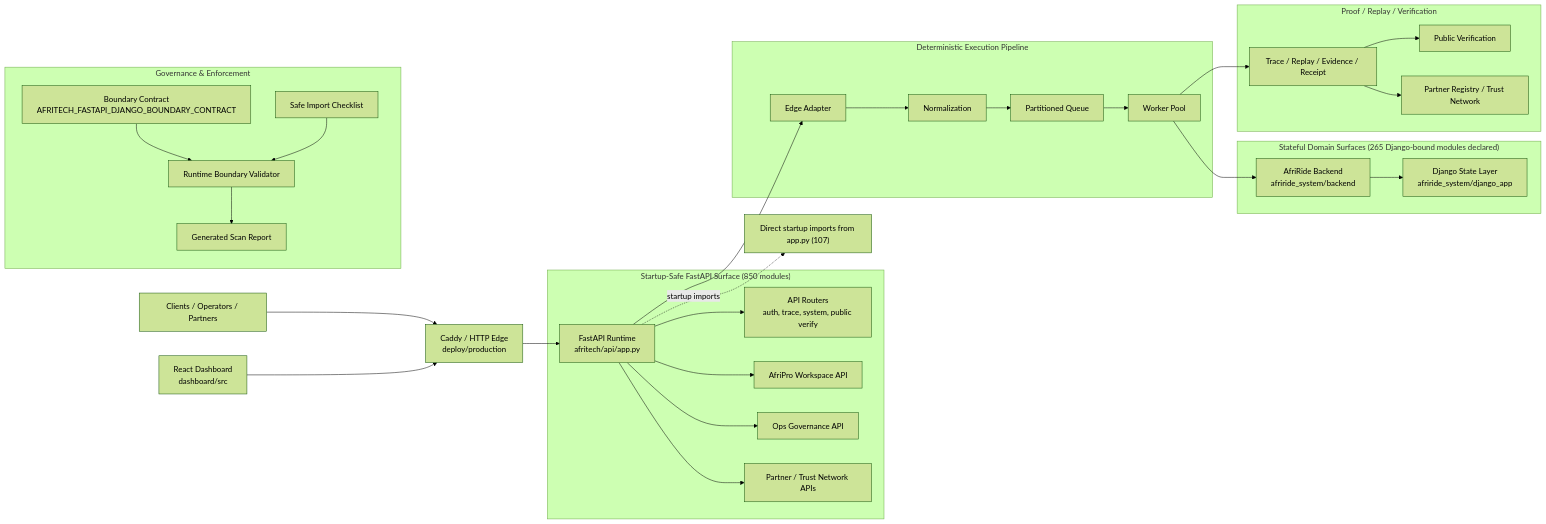
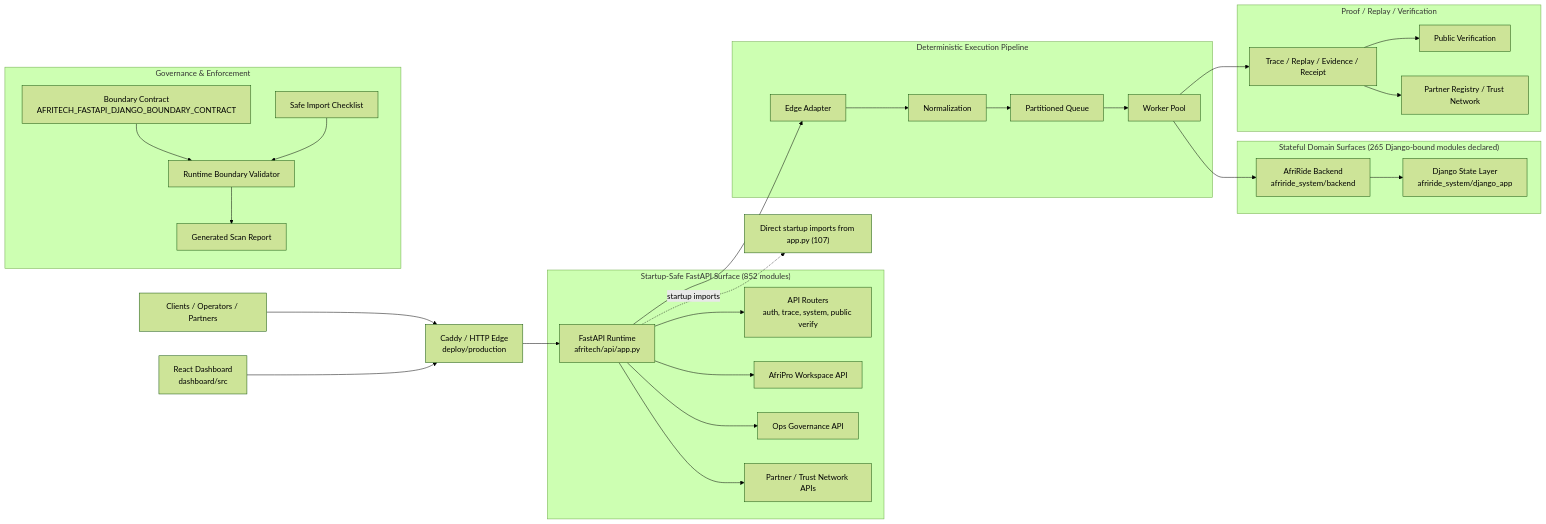
Before and after one commit to Strelly2023/afritelematics: the first of 2 diagrams in docs/architecture/AFRITECH_FULL_ARCHITECTURE_GRAPH.md, drawn with Mermaid (forest theme). The commit also changed other lines of this file and 9 other files, not shown here.

````diff
--- a/docs/architecture/AFRITECH_FULL_ARCHITECTURE_GRAPH.md
+++ b/docs/architecture/AFRITECH_FULL_ARCHITECTURE_GRAPH.md
@@ -22,39 +22,39 @@
 ```mermaid
 flowchart LR
     Client["Clients / Operators / Partners"] --> Edge["Caddy / HTTP Edge\ndeploy/production"]
     Dashboard["React Dashboard\ndashboard/src"] --> Edge
     Edge --> App["FastAPI Runtime\nafritech/api/app.py"]
 
-    subgraph FastAPI["Startup-Safe FastAPI Surface (850 modules)"]
+    subgraph FastAPI["Startup-Safe FastAPI Surface (852 modules)"]
         App --> Api["API Routers\nauth, trace, system, public verify"]
         App --> Workspace["AfriPro Workspace API"]
         App --> Governance["Ops Governance API"]
         App --> Trust["Partner / Trust Network APIs"]
     end
 
     subgraph Pipeline["Deterministic Execution Pipeline"]
         App --> Adapt["Edge Adapter"]
         Adapt --> Normalize["Normalization"]
         Normalize --> Queue["Partitioned Queue"]
         Queue --> Worker["Worker Pool"]
     end
 
     subgraph State["Stateful Domain Surfaces (265 Django-bound modules declared)"]
         Worker --> Domain["AfriRide Backend\nafriride_system/backend"]
         Domain --> Django["Django State Layer\nafriride_system/django_app"]
     end
 
     subgraph Proof["Proof / Replay / Verification"]
         Worker --> Trace["Trace / Replay / Evidence / Receipt"]
         Trace --> Public["Public Verification"]
         Trace --> Registry["Partner Registry / Trust Network"]
     end
 
     subgraph GovernancePlane["Governance & Enforcement"]
         Contract["Boundary Contract\nAFRITECH_FASTAPI_DJANGO_BOUNDARY_CONTRACT"] --> Validator["Runtime Boundary Validator"]
         Checklist["Safe Import Checklist"] --> Validator
         Validator --> Review["Generated Scan Report"]
     end
 
     App -. startup imports .-> Imports["Direct startup imports from app.py (107)"]
 ```
````
